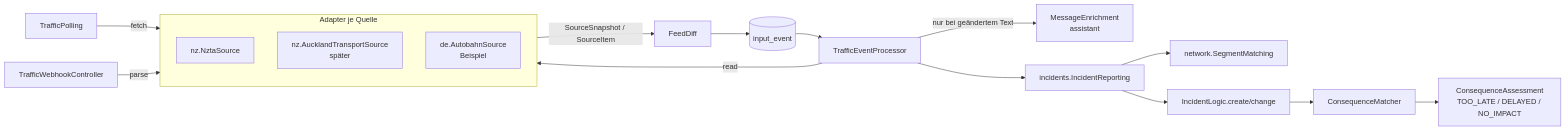
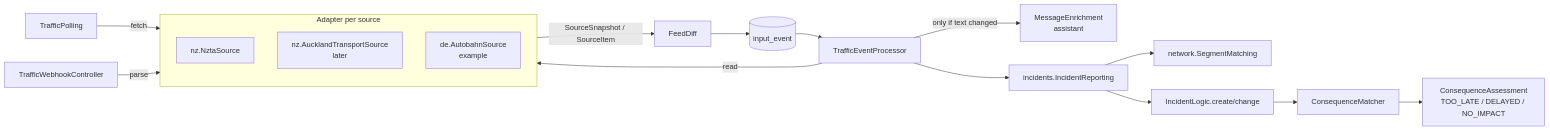
Before and after one commit to kehrbros/nofrustrationvacation: the first of 2 diagrams in Docs/traffic-feed.md, drawn with Mermaid. The commit also changed other lines of this file and 136 other files, not shown here.

````diff
--- a/Docs/traffic-feed.md
+++ b/Docs/traffic-feed.md
@@ -10,20 +10,20 @@
 ```mermaid
 flowchart LR
-    subgraph adapter[Adapter je Quelle]
+    subgraph adapter[Adapter per source]
         nz[nz.NztaSource]
-        at[nz.AucklandTransportSource<br>später]
-        de[de.AutobahnSource<br>Beispiel]
+        at[nz.AucklandTransportSource<br>later]
+        de[de.AutobahnSource<br>example]
     end
     sched[TrafficPolling] -->|fetch| adapter
     hook[TrafficWebhookController] -->|parse| adapter
     adapter -->|SourceSnapshot / SourceItem| diff[FeedDiff]
     diff --> ev[(input_event)]
     ev --> proc[TrafficEventProcessor]
     proc -->|read| adapter
-    proc -->|nur bei geändertem Text| agent[MessageEnrichment<br>assistant]
+    proc -->|only if text changed| agent[MessageEnrichment<br>assistant]
     proc --> rep[incidents.IncidentReporting]
     rep --> match[network.SegmentMatching]
     rep --> il[IncidentLogic.create/change]
     il --> cm[ConsequenceMatcher]
     cm --> ca[ConsequenceAssessment<br>TOO_LATE / DELAYED / NO_IMPACT]
 ```
````
